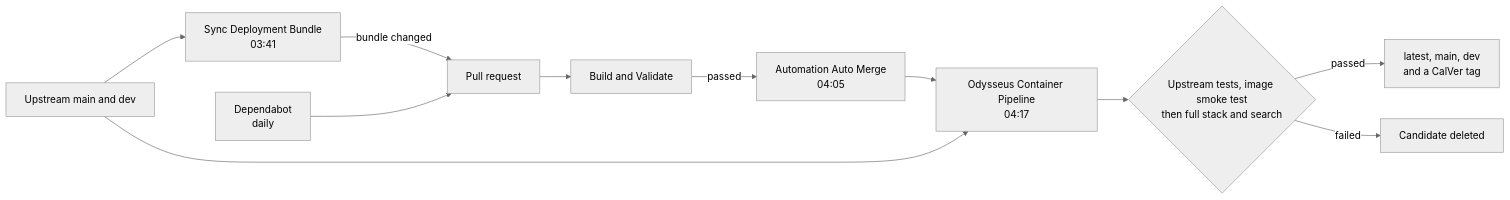
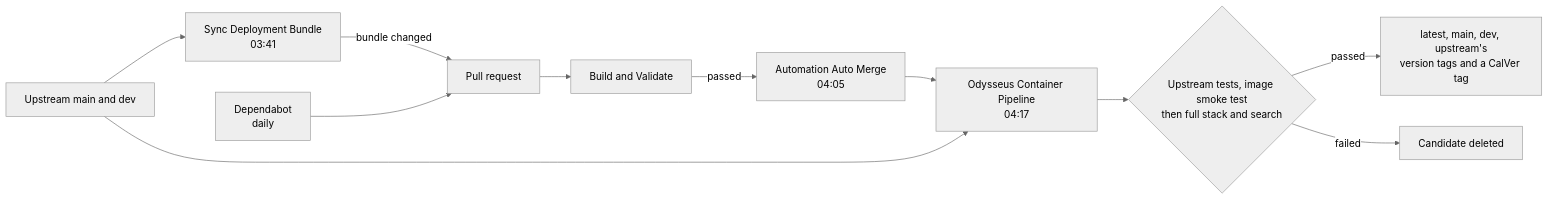
The diagram in README.md (netspeedy/odysseusai), drawn with Mermaid (neutral theme) before and after one commit. The commit also changed other lines of this file and 5 other files, not shown here.

````diff
--- a/README.md
+++ b/README.md
@@ -99,13 +102,13 @@
 ```mermaid
 flowchart LR
   up[Upstream main and dev] --> sync[Sync Deployment Bundle<br/>03:41]
   sync -->|bundle changed| pr[Pull request]
   dep[Dependabot<br/>daily] --> pr
   pr --> validate[Build and Validate]
   validate -->|passed| merge[Automation Auto Merge<br/>04:05]
   merge --> images
   up --> images[Odysseus Container Pipeline<br/>04:17]
   images --> gates{Upstream tests, image smoke test<br/>then full stack and search}
-  gates -->|passed| tags[latest, main, dev<br/>and a CalVer tag]
+  gates -->|passed| tags[latest, main, dev, upstream's<br/>version tags and a CalVer tag]
   gates -->|failed| drop[Candidate deleted]
 ```
````
